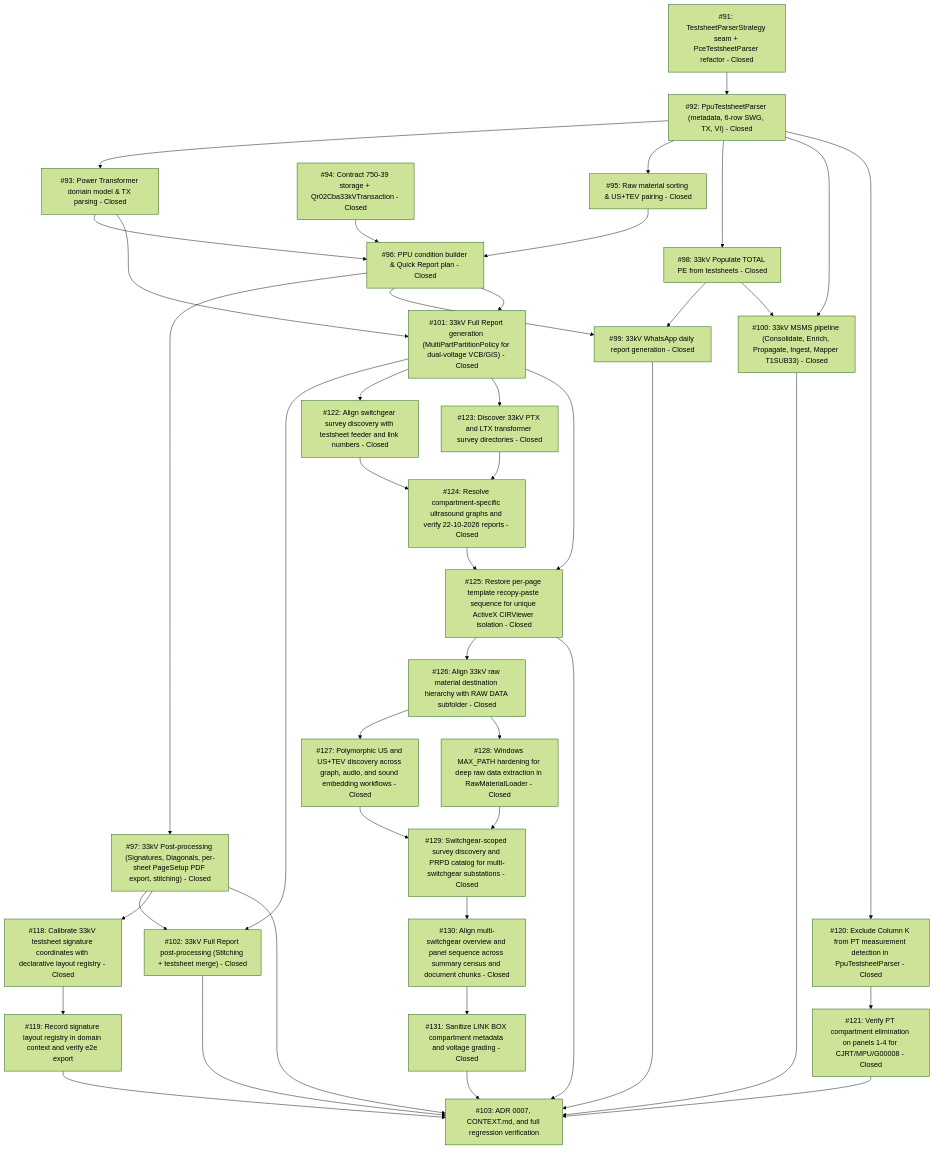
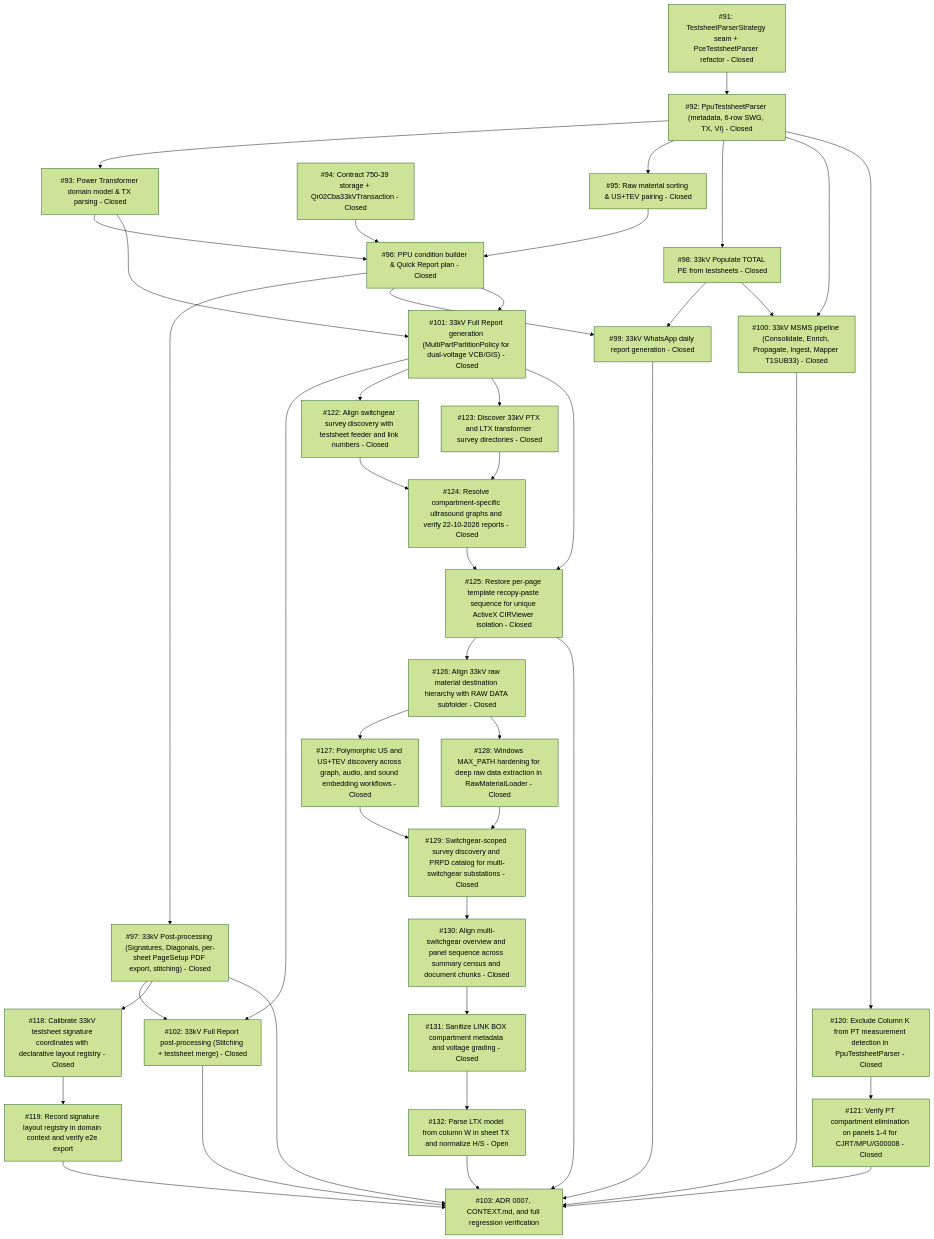
Before and after one commit to adamlarGit/pahang-cli: the diagram in .wayfinder/33kv-system-workflow/map.md, drawn with Mermaid (forest theme). The commit also changed other lines of this file and 5 other files, not shown here.

Commit message:
fix(testsheet): parse LTX model from column W in sheet TX and normalize H/S (#132)

````diff
--- a/.wayfinder/33kv-system-workflow/map.md
+++ b/.wayfinder/33kv-system-workflow/map.md
@@ -55,72 +55,74 @@
 ```mermaid
 graph TD
     T91["#91: TestsheetParserStrategy seam + PceTestsheetParser refactor - Closed"]
     T92["#92: PpuTestsheetParser (metadata, 6-row SWG, TX, VI) - Closed"]
     T93["#93: Power Transformer domain model & TX parsing - Closed"]
     T94["#94: Contract 750-39 storage + Qr02Cba33kVTransaction - Closed"]
     T95["#95: Raw material sorting & US+TEV pairing - Closed"]
     T96["#96: PPU condition builder & Quick Report plan - Closed"]
     T97["#97: 33kV Post-processing (Signatures, Diagonals, per-sheet PageSetup PDF export, stitching) - Closed"]
     T98["#98: 33kV Populate TOTAL PE from testsheets - Closed"]
     T99["#99: 33kV WhatsApp daily report generation - Closed"]
     T100["#100: 33kV MSMS pipeline (Consolidate, Enrich, Propagate, Ingest, Mapper T1SUB33) - Closed"]
     T101["#101: 33kV Full Report generation (MultiPartPartitionPolicy for dual-voltage VCB/GIS) - Closed"]
     T102["#102: 33kV Full Report post-processing (Stitching + testsheet merge) - Closed"]
     T118["#118: Calibrate 33kV testsheet signature coordinates with declarative layout registry - Closed"]
     T119["#119: Record signature layout registry in domain context and verify e2e export"]
     T120["#120: Exclude Column K from PT measurement detection in PpuTestsheetParser - Closed"]
     T121["#121: Verify PT compartment elimination on panels 1-4 for CJRT/MPU/G00008 - Closed"]
     T122["#122: Align switchgear survey discovery with testsheet feeder and link numbers - Closed"]
     T123["#123: Discover 33kV PTX and LTX transformer survey directories - Closed"]
     T124["#124: Resolve compartment-specific ultrasound graphs and verify 22-10-2026 reports - Closed"]
     T125["#125: Restore per-page template recopy-paste sequence for unique ActiveX CIRViewer isolation - Closed"]
     T126["#126: Align 33kV raw material destination hierarchy with RAW DATA subfolder - Closed"]
     T127["#127: Polymorphic US and US+TEV discovery across graph, audio, and sound embedding workflows - Closed"]
     T128["#128: Windows MAX_PATH hardening for deep raw data extraction in RawMaterialLoader - Closed"]
     T129["#129: Switchgear-scoped survey discovery and PRPD catalog for multi-switchgear substations - Closed"]
     T130["#130: Align multi-switchgear overview and panel sequence across summary census and document chunks - Closed"]
     T131["#131: Sanitize LINK BOX compartment metadata and voltage grading - Closed"]
+    T132["#132: Parse LTX model from column W in sheet TX and normalize H/S - Open"]
     T103["#103: ADR 0007, CONTEXT.md, and full regression verification"]
 
     T91 --> T92
     T92 --> T93
     T92 --> T95
     T92 --> T98
     T94 --> T96
     T93 --> T96
     T95 --> T96
     T96 --> T97
     T96 --> T99
     T98 --> T99
     T98 --> T100
     T92 --> T100
     T93 --> T101
     T96 --> T101
     T97 --> T102
     T101 --> T102
     T97 --> T118
     T118 --> T119
     T119 --> T103
     T92 --> T120
     T120 --> T121
     T121 --> T103
     T101 --> T122
     T101 --> T123
     T122 --> T124
     T123 --> T124
     T124 --> T125
     T125 --> T126
     T126 --> T127
     T126 --> T128
     T127 --> T129
     T128 --> T129
     T129 --> T130
     T130 --> T131
-    T131 --> T103
+    T131 --> T132
+    T132 --> T103
     T101 --> T125
     T125 --> T103
     T97 --> T103
     T99 --> T103
     T100 --> T103
     T102 --> T103
 ```
````
